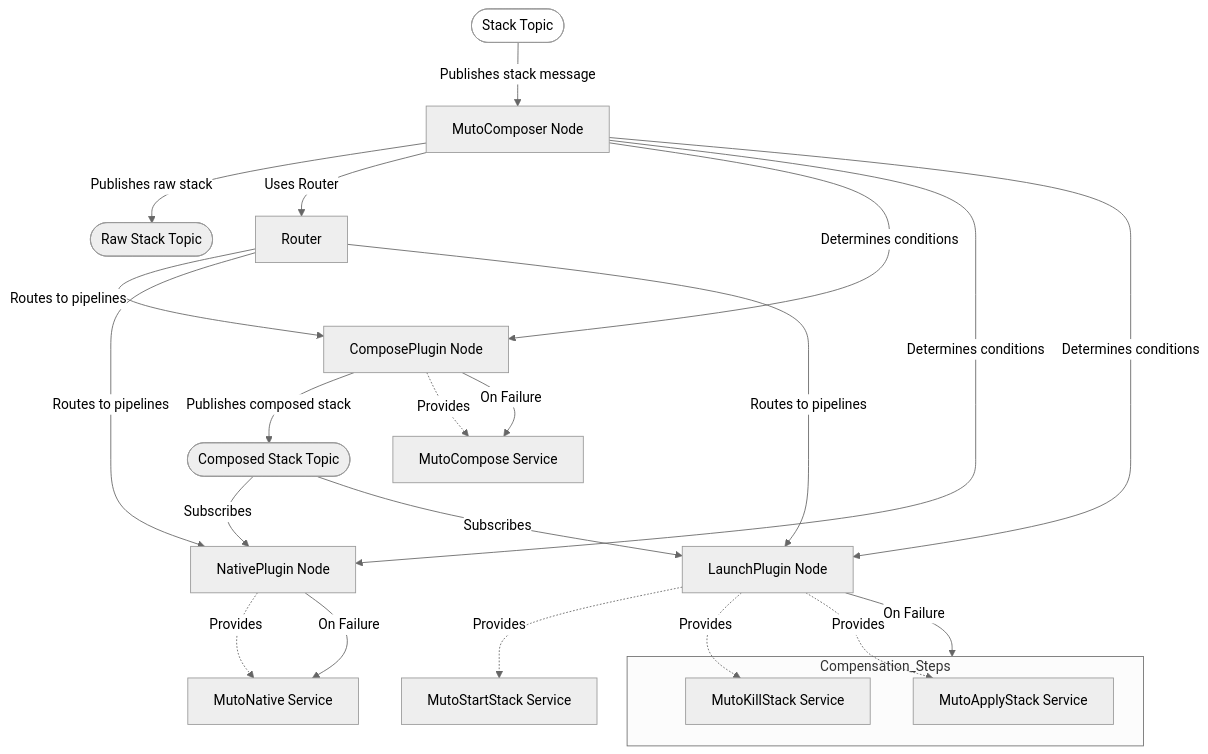
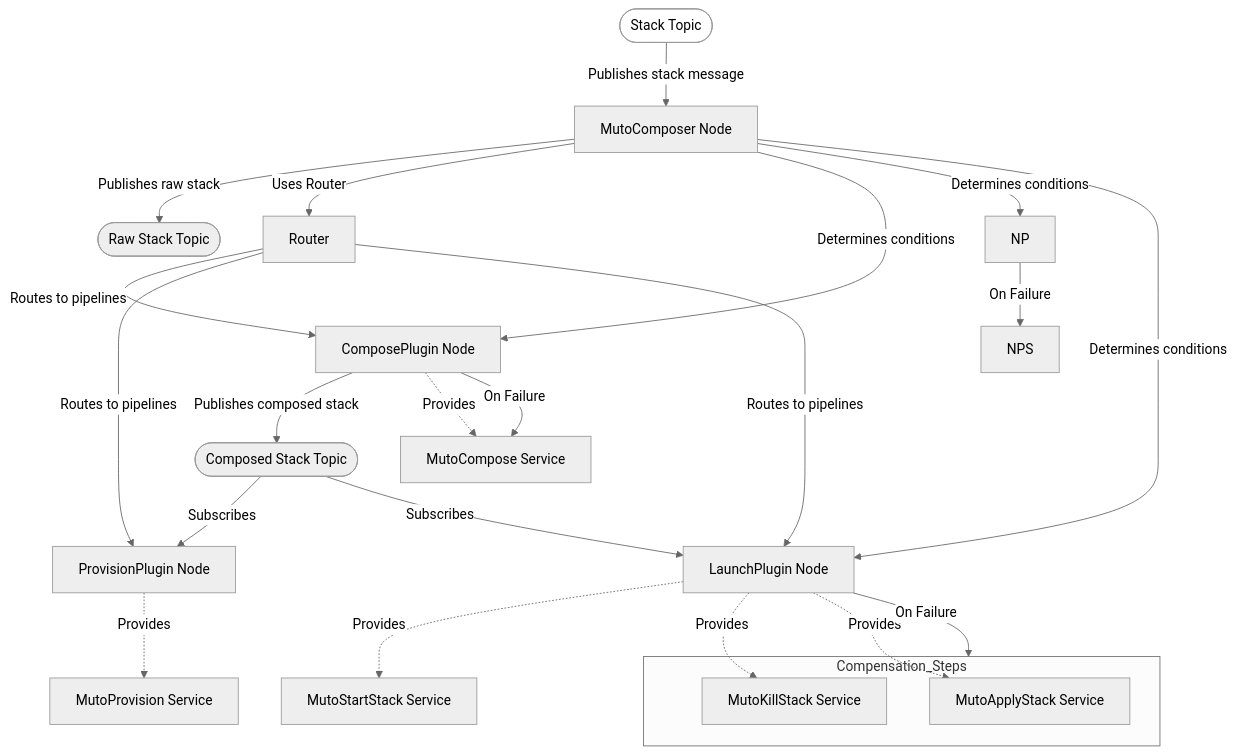
The diagram in docs/architecture.md (eclipse-muto/composer), drawn with Mermaid (neutral theme) before and after one commit. The commit also changed 11 other files, not shown here.

````diff
--- a/docs/architecture.md
+++ b/docs/architecture.md
@@ -1,57 +1,57 @@
 ```mermaid
 graph TD
     %% Nodes
     MC[MutoComposer Node]
     CP[ComposePlugin Node]
-    NP[NativePlugin Node]
+    PP[ProvisionPlugin Node]
     LP[LaunchPlugin Node]
     R[Router]
     S([Stack Topic])
     RS([Raw Stack Topic])
     CS([Composed Stack Topic])
     CPS[MutoCompose Service]
-    NPS[MutoNative Service]
+    PPS[MutoProvision Service]
     SPS[MutoStartStack Service]
     KPS[MutoKillStack Service]
     APS[MutoApplyStack Service]
 
     %% Styles
     style S fill: #ffffff
 
     %% Flow
     S -->|Publishes stack message| MC
     MC -->|Publishes raw stack| RS
     CP -->|Publishes composed stack| CS
-    CS -->|Subscribes| NP
+    CS -->|Subscribes| PP
     CS -->|Subscribes| LP
 
     %% Services
     MC -->|Uses Router| R
     R -->|Routes to pipelines| CP
-    R -->|Routes to pipelines| NP
+    R -->|Routes to pipelines| PP
     R -->|Routes to pipelines| LP
 
     %% Service Providers
     CP -.->|Provides| CPS
-    NP -.->|Provides| NPS
+    PP -.->|Provides| PPS
     LP -.->|Provides| SPS
     LP -.->|Provides| KPS
     LP -.->|Provides| APS
 
     %% Compensation Subgraph
     subgraph Compensation_Steps
         KPS[MutoKillStack Service]
         APS[MutoApplyStack Service]
     end
 
     %% Compensation Flow
     CP -->|On Failure| CPS
     NP -->|On Failure| NPS
     LP -->|On Failure| Compensation_Steps
 
     %% Conditions
     MC -->|Determines conditions| CP
     MC -->|Determines conditions| NP
     MC -->|Determines conditions| LP
 
 ```
````
